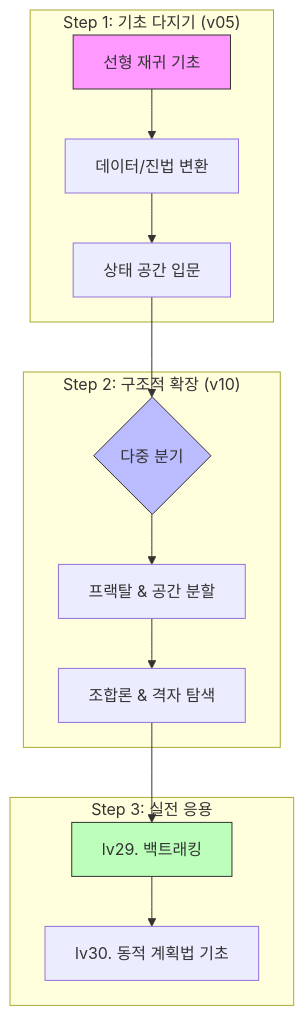
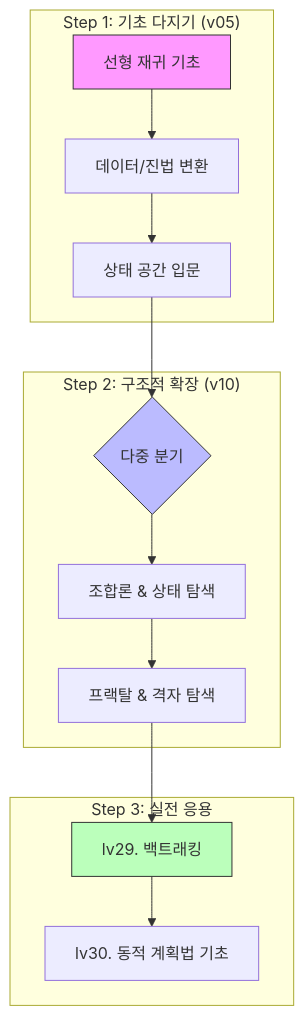
Before and after one commit to sleepyhood/StepCode: the second of 2 diagrams in practice/data/content/programming/doingcoding/LV26_재귀/README.md, drawn with Mermaid. The commit also changed other lines of this file and 84 other files, not shown here.

````diff
--- a/practice/data/content/programming/doingcoding/LV26_재귀/README.md
+++ b/practice/data/content/programming/doingcoding/LV26_재귀/README.md
@@ -114,22 +109,22 @@
 ```mermaid
 flowchart TD
     subgraph "Step 1: 기초 다지기 (v05)"
     A[선형 재귀 기초] --> B[데이터/진법 변환]
     B --> C[상태 공간 입문]
     end
 
     subgraph "Step 2: 구조적 확장 (v10)"
     C --> D{다중 분기}
-    D --> E[프랙탈 & 공간 분할]
-    E --> F[조합론 & 격자 탐색]
+    D --> E[조합론 & 상태 탐색]
+    E --> F[프랙탈 & 격자 탐색]
     end
 
     subgraph "Step 3: 실전 응용"
     F --> G[lv29. 백트래킹]
     G --> H[lv30. 동적 계획법 기초]
     end
 
     style A fill:#f9f,stroke:#333
     style D fill:#bbf,stroke:#333
     style G fill:#bfb,stroke:#333
 ```
````
